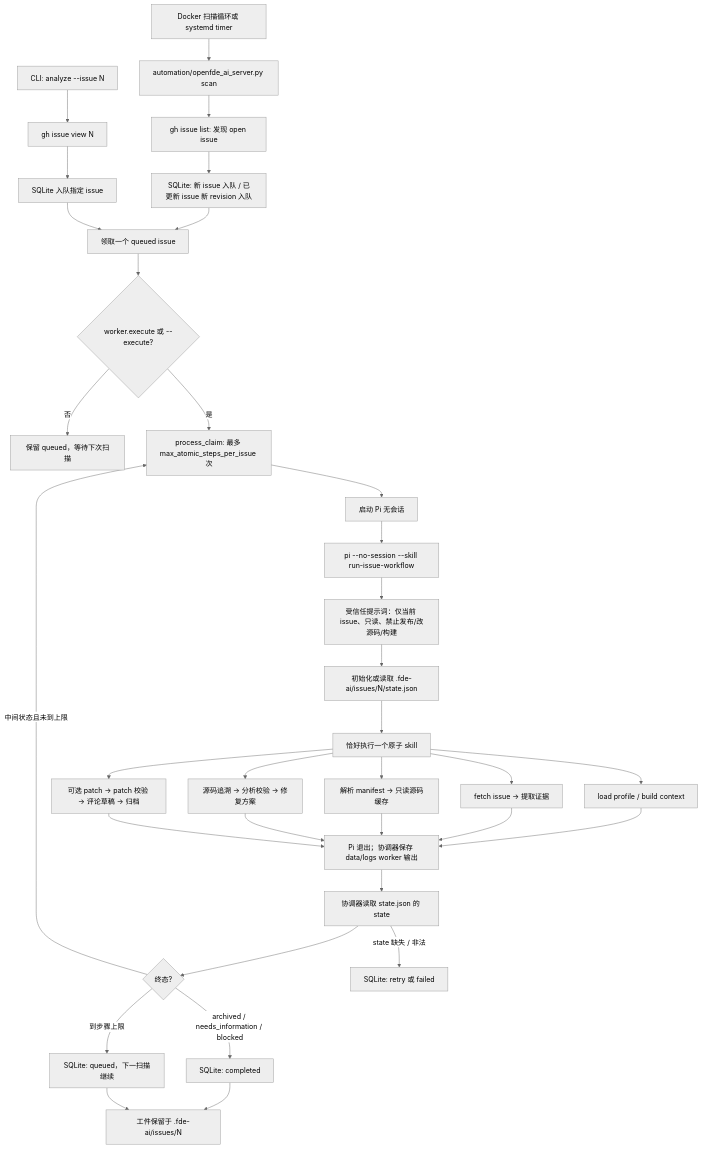
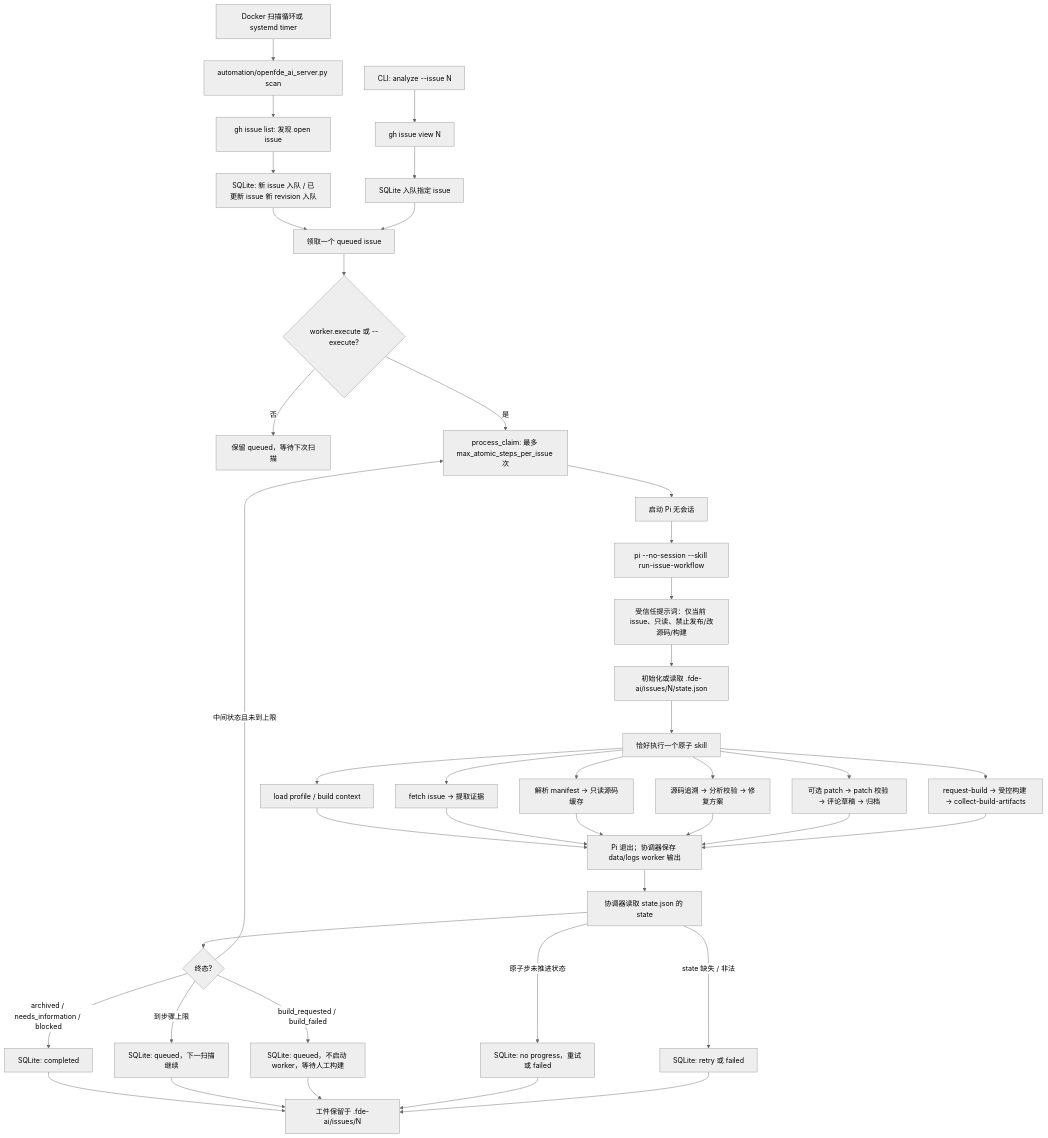
The diagram in docs/architecture/server-pi-flow.md (openfde/issue_killer), drawn with Mermaid (neutral theme) before and after one commit. The commit also changed other lines of this file and 31 other files, not shown here.

````diff
--- a/docs/architecture/server-pi-flow.md
+++ b/docs/architecture/server-pi-flow.md
@@ -3,42 +3,49 @@
 ```mermaid
 flowchart TD
     A[Docker 扫描循环或 systemd timer] --> B[automation/openfde_ai_server.py scan]
     C[CLI: analyze --issue N] --> D[gh issue view N]
     D --> E[SQLite 入队指定 issue]
     B --> F[gh issue list: 发现 open issue]
     F --> G[SQLite: 新 issue 入队 / 已更新 issue 新 revision 入队]
     G --> H[领取一个 queued issue]
     E --> H
 
     H --> I{worker.execute 或 --execute?}
     I -- 否 --> J[保留 queued，等待下次扫描]
     I -- 是 --> K[process_claim: 最多 max_atomic_steps_per_issue 次]
 
     K --> L[启动 Pi 无会话]
     L --> M[pi --no-session --skill run-issue-workflow]
     M --> N[受信任提示词：仅当前 issue、只读、禁止发布/改源码/构建]
     N --> O[初始化或读取 .fde-ai/issues/N/state.json]
     O --> P[恰好执行一个原子 skill]
 
     P --> P1[load profile / build context]
     P --> P2[fetch issue → 提取证据]
     P --> P3[解析 manifest → 只读源码缓存]
     P --> P4[源码追溯 → 分析校验 → 修复方案]
     P --> P5[可选 patch → patch 校验 → 评论草稿 → 归档]
+    P --> P6[request-build → 受控构建 → collect-build-artifacts]
 
     P1 --> Q[Pi 退出；协调器保存 data/logs worker 输出]
     P2 --> Q
     P3 --> Q
     P4 --> Q
     P5 --> Q
+    P6 --> Q
 
     Q --> R[协调器读取 state.json 的 state]
     R --> S{终态?}
     S -- archived / needs_information / blocked --> T[SQLite: completed]
+    S -- build_requested / build_failed --> U2[SQLite: queued，不启动 worker，等待人工构建]
     S -- 中间状态且未到上限 --> K
     S -- 到步骤上限 --> U[SQLite: queued，下一扫描继续]
     R -- state 缺失 / 非法 --> V[SQLite: retry 或 failed]
+    R -- 原子步未推进状态 --> V2[SQLite: no progress，重试或 failed]
 
     T --> W[工件保留于 .fde-ai/issues/N]
     U --> W
+    U2 --> W
+    V2 --> W
+    V --> W
 ```
````
